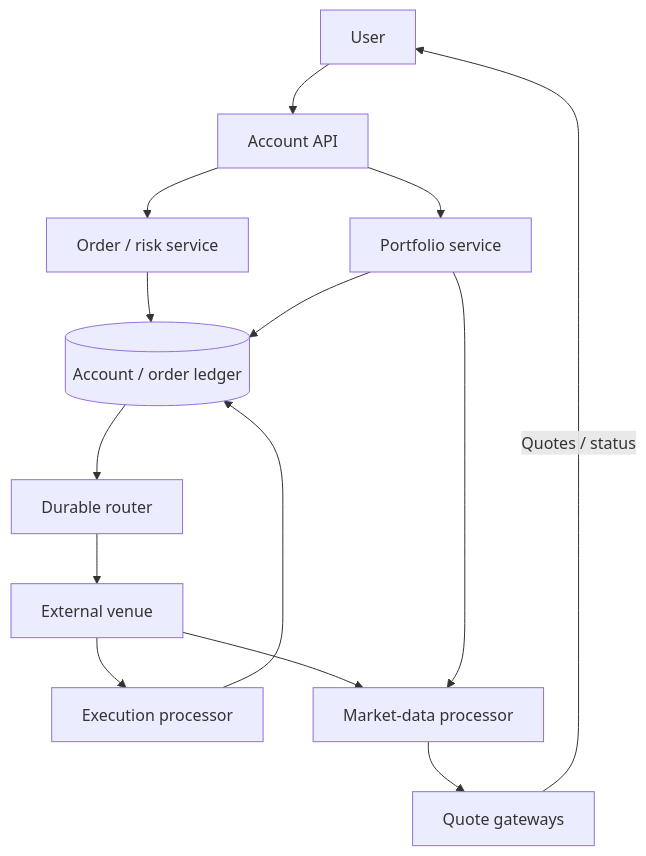
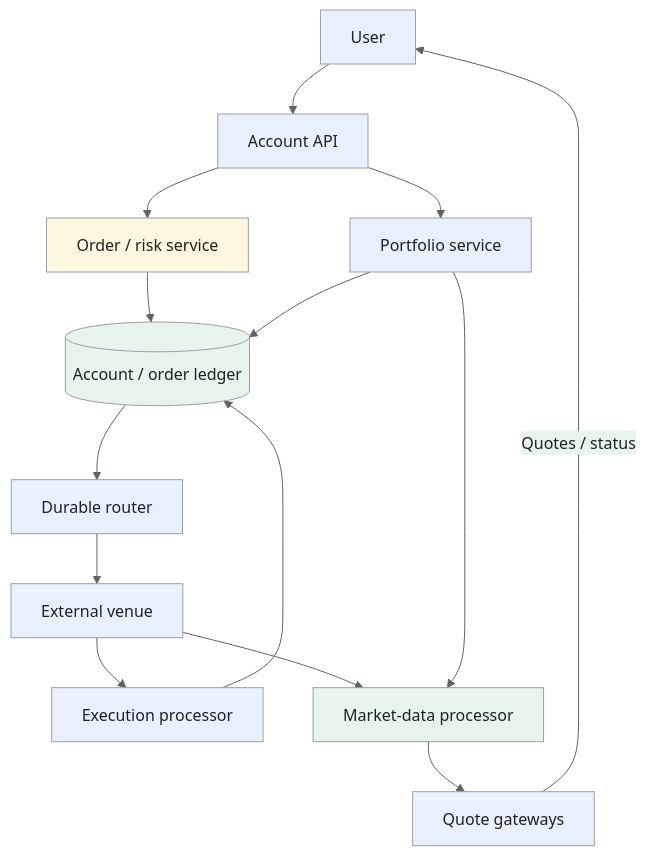
One commit to iliazlobin/iliazlobin.github.io changed the first of 4 diagrams in _designs/system-design-stock-trading-platform.md. Above: the diagram before and after it, drawn with Mermaid. The commit also changed other lines of this file and 25 other files, not shown here.

Commit message:
docs: explain Batch B design flows and tradeoffs

````diff
--- a/_designs/system-design-stock-trading-platform.md
+++ b/_designs/system-design-stock-trading-platform.md
@@ -154,16 +173,24 @@
 ```mermaid
+%%{init: {'theme':'base','themeVariables':{'primaryColor':'#e8f0fe','primaryTextColor':'#202124','primaryBorderColor':'#9aa0a6','lineColor':'#5f6368','secondaryColor':'#e6f4ea','tertiaryColor':'#fef7e0','actorBkg':'#e8f0fe','actorBorder':'#9aa0a6','actorTextColor':'#202124','noteBkgColor':'#fef7e0','noteTextColor':'#202124','noteBorderColor':'#9aa0a6','signalColor':'#5f6368','signalTextColor':'#202124','labelBoxBkgColor':'#fef7e0','labelBoxBorderColor':'#9aa0a6'}}}%%
 flowchart TB
   U[User] --> API[Account API]
   API --> O[Order / risk service]
   O --> DB[(Account / order ledger)]
   DB --> R[Durable router]
   R --> V[External venue]
   V --> E[Execution processor]
   E --> DB
   V --> M[Market-data processor]
   M --> G[Quote gateways]
   G -->|Quotes / status| U
   API --> P[Portfolio service]
   P --> DB
   P --> M
+classDef request fill:#e8f0fe,stroke:#9aa0a6,color:#202124;
+classDef data fill:#e6f4ea,stroke:#9aa0a6,color:#202124;
+classDef control fill:#fef7e0,stroke:#9aa0a6,color:#202124;
+class U,API,R,V,E,G,P request;
+class DB,M data;
+class O control;
+
 ```
````
